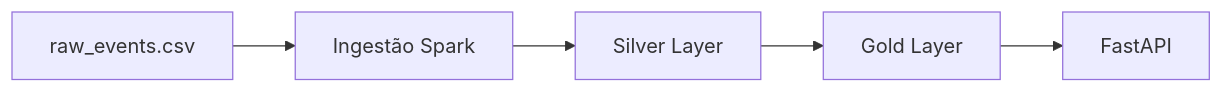
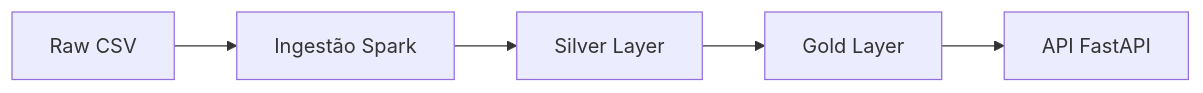
One commit to hugoas/rentcars-case changed the diagram in governance.md. Above: the diagram before and after it, drawn with Mermaid. The commit also changed other lines of this file and 2 other files, not shown here.

````diff
--- a/governance.md
+++ b/governance.md
@@ -20,7 +7,7 @@
 ```mermaid
 flowchart LR
-    A[raw_events.csv] --> B[Ingestão Spark]
+    A[Raw CSV] --> B[Ingestão Spark]
     B --> C[Silver Layer]
     C --> D[Gold Layer]
-    D --> E[FastAPI]
+    D --> E[API FastAPI]
 ```
````
